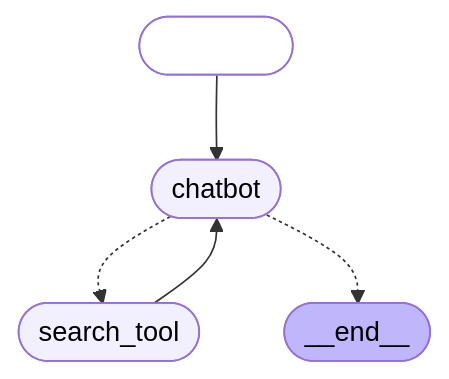
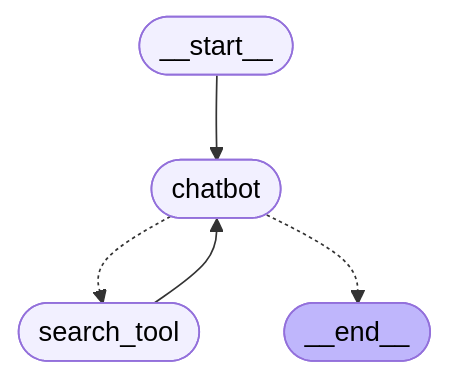
Before and after one commit to vineeth-1/Agentic-Chatbot: the diagram in README.md, drawn with Mermaid.

Commit message:
Font colour changed in mermaid diagram

````diff
--- a/README.md
+++ b/README.md
@@ -7,14 +7,14 @@
 ```mermaid
 graph TD;
-    __start__([<p style="color:white;">__start__</p>]):::first
+    __start__([<p style="color:black;">__start__</p>]):::first
     chatbot([<p style="color:black;">chatbot</p>])
         search_tool([<p style="color:black;">search_tool</p>])
     __end__([<p style="color:black;">__end__</p>]):::last
     __start__ --> chatbot;
     search_tool --> chatbot;
     chatbot -.-> search_tool;
     chatbot -.-> __end__;
     classDef default fill:#f2f0ff,line-height:1.2
-    classDef first fill-opacity:0
+    classDef first fill-opacity:50
     classDef last fill:#bfb6fc
 ```
````
